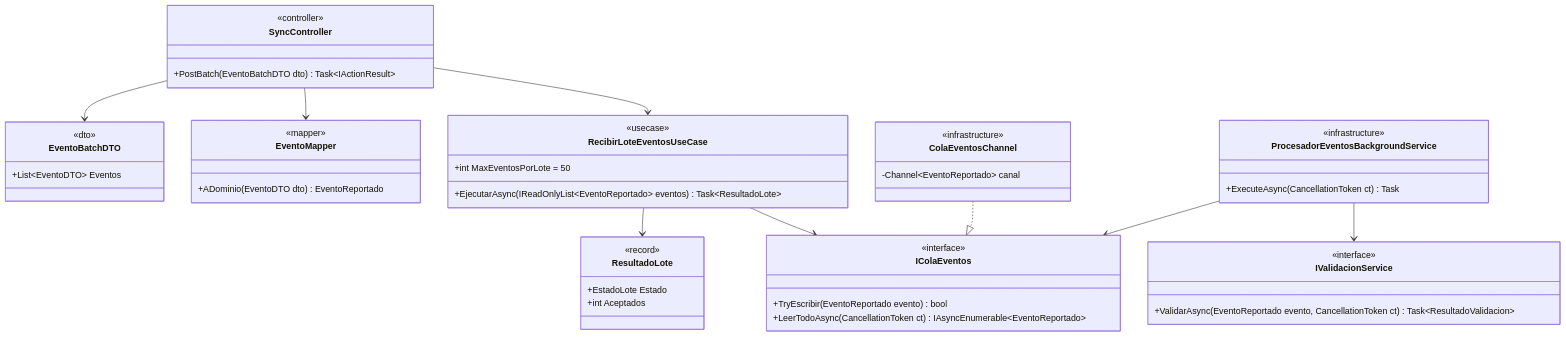
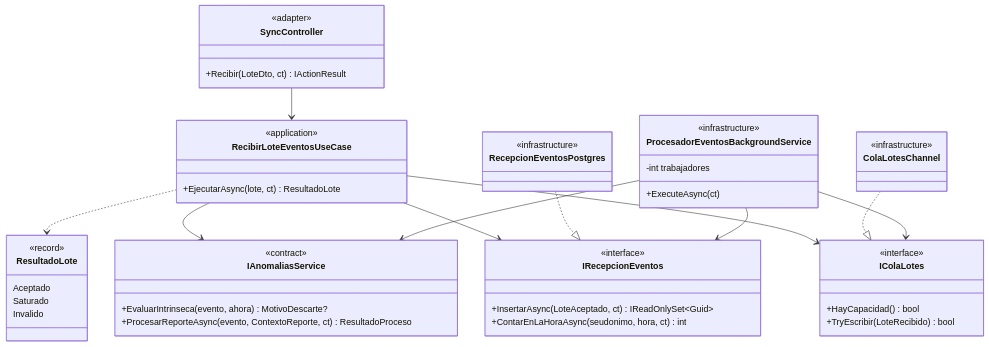
The third of 6 diagrams in docs/04-modelo-C4/Nivel4-diagrama-de-codigo.md (Crisso29/KillaUru_Sprint01), drawn with Mermaid before and after one commit. The commit also changed other lines of this file and 15 other files, not shown here.

````diff
--- a/docs/04-modelo-C4/Nivel4-diagrama-de-codigo.md
+++ b/docs/04-modelo-C4/Nivel4-diagrama-de-codigo.md
@@ -171,52 +108,54 @@
 ```mermaid
 classDiagram
-    direction TB
     class SyncController {
-        <<controller>>
-        +PostBatch(EventoBatchDTO dto) Task~IActionResult~
-    }
-    class EventoBatchDTO {
-        <<dto>>
-        +List~EventoDTO~ Eventos
-    }
-    class EventoMapper {
-        <<mapper>>
-        +ADominio(EventoDTO dto) EventoReportado
+        <<adapter>>
+        +Recibir(LoteDto, ct) IActionResult
     }
     class RecibirLoteEventosUseCase {
-        <<usecase>>
-        +int MaxEventosPorLote = 50
-        +EjecutarAsync(IReadOnlyList~EventoReportado~ eventos) Task~ResultadoLote~
+        <<application>>
+        +EjecutarAsync(lote, ct) ResultadoLote
     }
-    class IColaEventos {
+    class IRecepcionEventos {
         <<interface>>
-        +TryEscribir(EventoReportado evento) bool
-        +LeerTodoAsync(CancellationToken ct) IAsyncEnumerable~EventoReportado~
+        +InsertarAsync(LoteAceptado, ct) IReadOnlySet~Guid~
+        +ContarEnLaHoraAsync(seudonimo, hora, ct) int
+    }
+    class IColaLotes {
+        <<interface>>
+        +HayCapacidad() bool
+        +TryEscribir(LoteRecibido) bool
+    }
+    class RecepcionEventosPostgres {
+        <<infrastructure>>
+    }
+    class ColaLotesChannel {
+        <<infrastructure>>
+    }
+    class ProcesadorEventosBackgroundService {
+        <<infrastructure>>
+        -int trabajadores
+        +ExecuteAsync(ct)
     }
     class ResultadoLote {
         <<record>>
-        +EstadoLote Estado
-        +int Aceptados
+        Aceptado
+        Saturado
+        Invalido
     }
-    class ColaEventosChannel {
-        <<infrastructure>>
-        -Channel~EventoReportado~ canal
-    }
-    class ProcesadorEventosBackgroundService {
-        <<infrastructure>>
-        +ExecuteAsync(CancellationToken ct) Task
-    }
-    class IValidacionService {
-        <<interface>>
-        +ValidarAsync(EventoReportado evento, CancellationToken ct) Task~ResultadoValidacion~
+    class IAnomaliasService {
+        <<contract>>
+        +EvaluarIntrinseca(evento, ahora) MotivoDescarte?
+        +ProcesarReporteAsync(evento, ContextoReporte, ct) ResultadoProceso
     }
 
-    SyncController --> EventoBatchDTO
-    SyncController --> EventoMapper
     SyncController --> RecibirLoteEventosUseCase
-    RecibirLoteEventosUseCase --> IColaEventos
-    RecibirLoteEventosUseCase --> ResultadoLote
-    ColaEventosChannel ..|> IColaEventos
-    ProcesadorEventosBackgroundService --> IColaEventos
-    ProcesadorEventosBackgroundService --> IValidacionService
+    RecibirLoteEventosUseCase --> IRecepcionEventos
+    RecibirLoteEventosUseCase --> IColaLotes
+    RecibirLoteEventosUseCase --> IAnomaliasService
+    RecibirLoteEventosUseCase ..> ResultadoLote
+    RecepcionEventosPostgres ..|> IRecepcionEventos
+    ColaLotesChannel ..|> IColaLotes
+    ProcesadorEventosBackgroundService --> IColaLotes
+    ProcesadorEventosBackgroundService --> IRecepcionEventos
+    ProcesadorEventosBackgroundService --> IAnomaliasService
 ```
````
